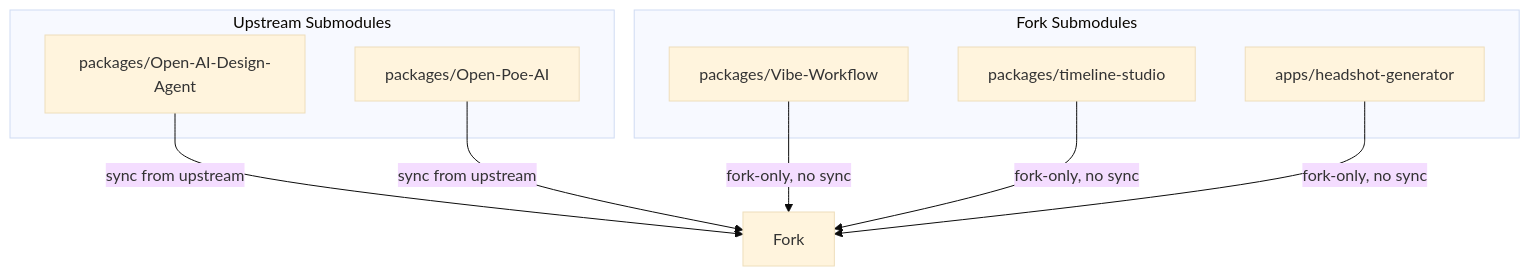
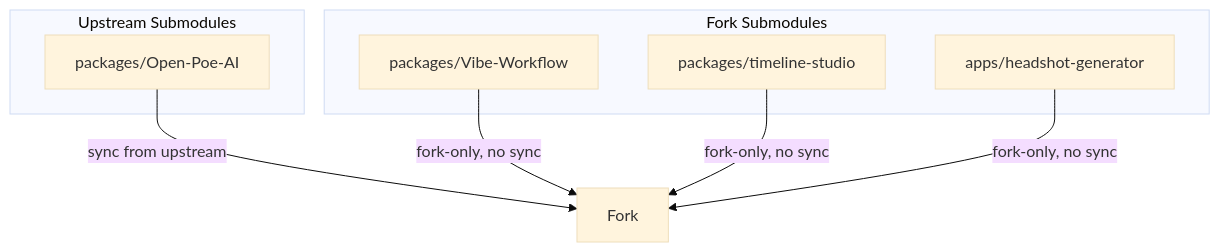
One commit to deangilmoreremix/OpenHiggsBolt changed the third of 4 diagrams in docs/upstream-sync-runbook.md. Above: the diagram before and after it, drawn with Mermaid (base theme). The commit also changed other lines of this file and 18 other files, not shown here.

First line of the commit message:
fix(netlify): remove all references to removed Open-AI-Design-Agent submodule

````diff
--- a/docs/upstream-sync-runbook.md
+++ b/docs/upstream-sync-runbook.md
@@ -99,19 +99,17 @@
 ```mermaid
 flowchart TB
     subgraph Upstream_Submodules["Upstream Submodules"]
-        S1["packages/Open-AI-Design-Agent"]
-        S2["packages/Open-Poe-AI"]
+        S1["packages/Open-Poe-AI"]
     end
 
     subgraph Fork_Submodules["Fork Submodules"]
         S3["packages/Vibe-Workflow"]
         S4["packages/timeline-studio"]
         S5["apps/headshot-generator"]
     end
 
     S1 -- "sync from upstream" --> F[Fork]
-    S2 -- "sync from upstream" --> F
     S3 -- "fork-only, no sync" --> F
     S4 -- "fork-only, no sync" --> F
     S5 -- "fork-only, no sync" --> F
 ```
````
